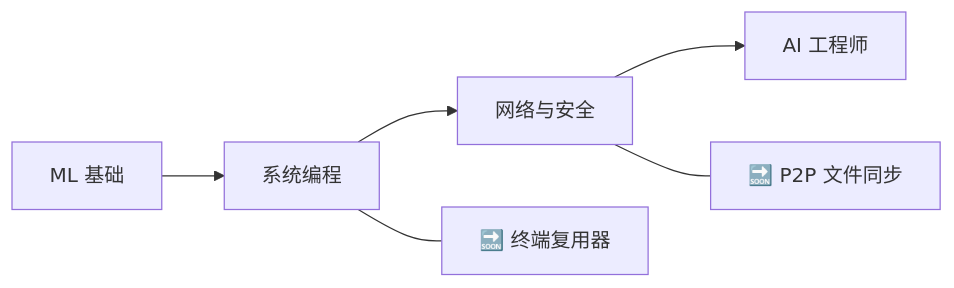
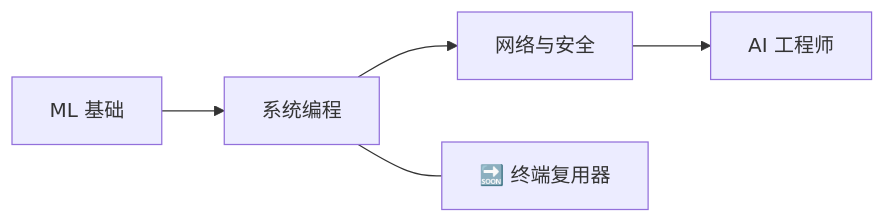
The diagram in README_zh.md (zuroking/zuroking), drawn with Mermaid before and after one commit. The commit also changed other lines of this file, not shown here.

````diff
--- a/README_zh.md
+++ b/README_zh.md
@@ -101,9 +102,8 @@
 ```mermaid
 flowchart LR
     A[ML 基础] --> B[系统编程]
     B --> C[网络与安全]
     C --> D[AI 工程师]
 
     B --- B1[🔜 终端复用器]
-    C --- C2[🔜 P2P 文件同步]
 ```
````
